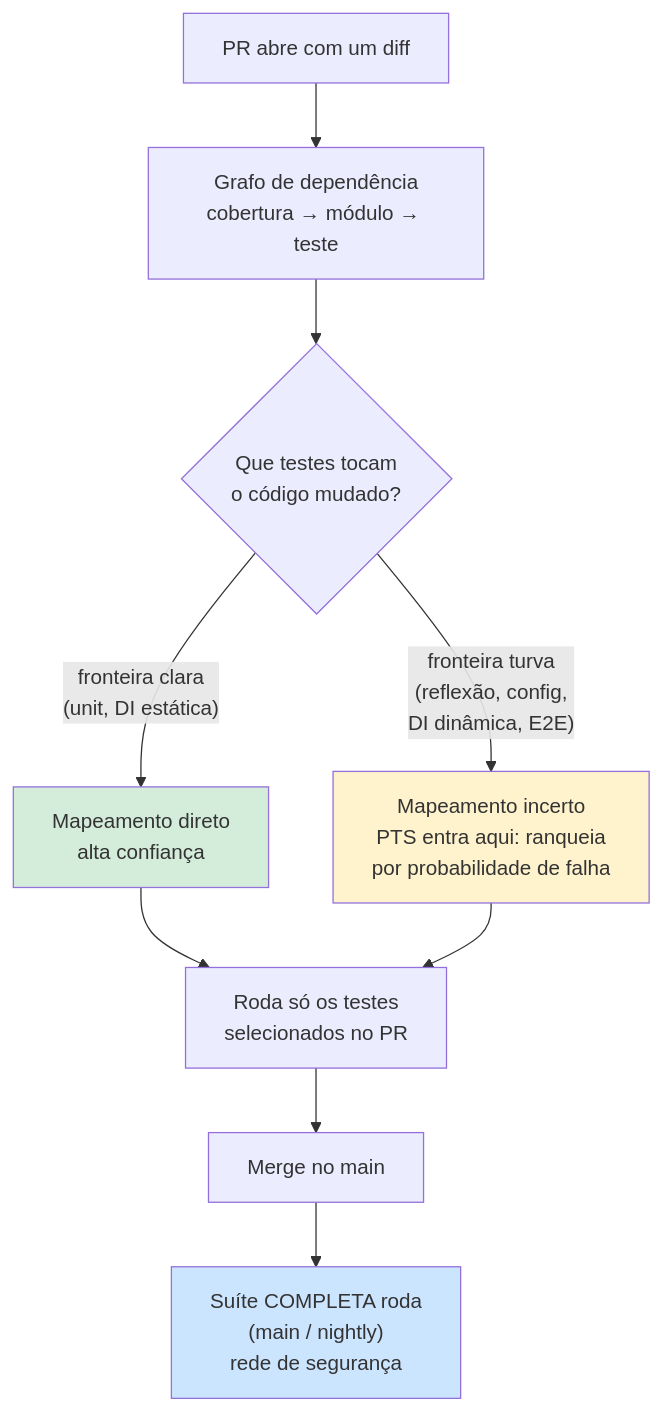
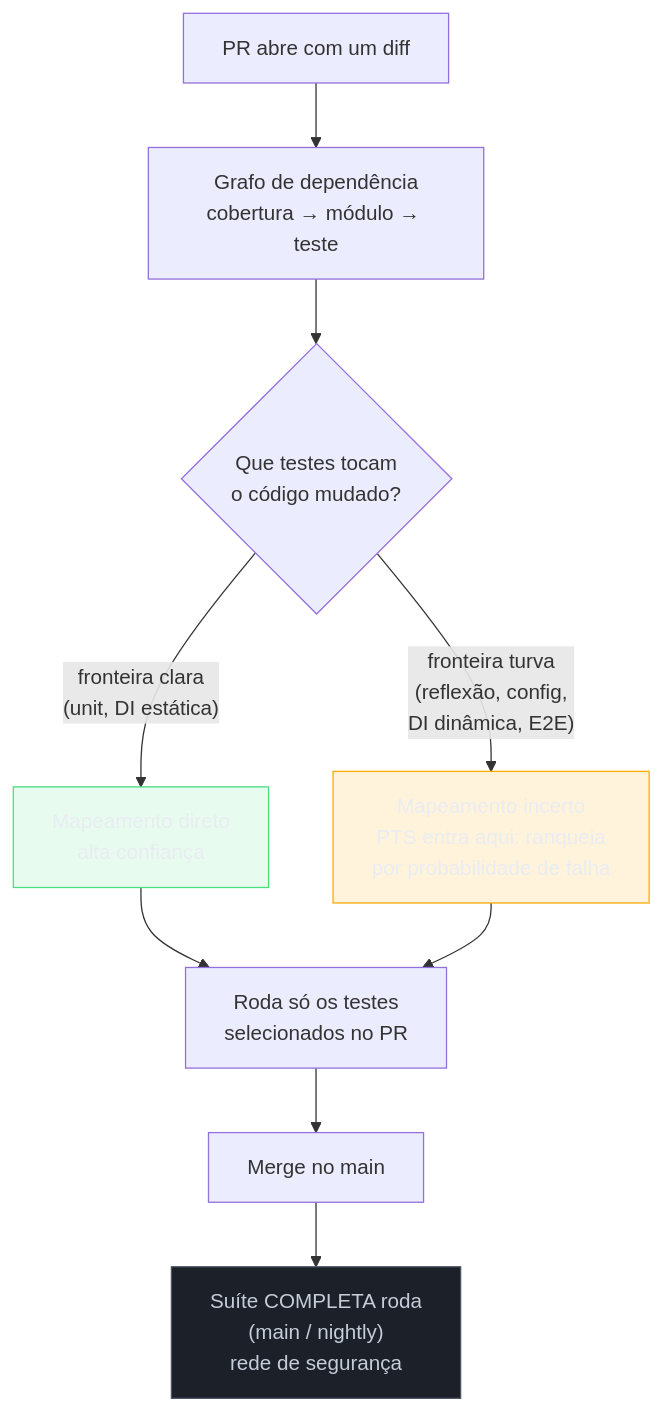
One commit to josenaldo/codex-technomanticus changed the fifth of 8 diagrams in 03-Dominios/Engenharia/Testes/15 - Testes em CI-CD.md. Above: the diagram before and after it, drawn with Mermaid. The commit also changed other lines of this file and 1181 other files, not shown here.

First line of the commit message:
fix(diagramas): paleta do sistema no lugar de cor cravada no markdown

````diff
--- a/03-Dominios/Engenharia/Testes/15 - Testes em CI-CD.md
+++ b/03-Dominios/Engenharia/Testes/15 - Testes em CI-CD.md
@@ -171,14 +178,17 @@
 ```mermaid
 flowchart TD
+    classDef ok fill:#4ADE8021,stroke:#4ADE80,color:#E9ECF2
+    classDef destaque fill:#FFAA0024,stroke:#FFAA00,color:#E9ECF2
+    classDef neutro fill:#1B2029,stroke:#4E5666,color:#C6CCD8
     Diff["PR abre com um diff"] --> Graph["Grafo de dependência<br/>cobertura → módulo → teste"]
     Graph --> Q{"Que testes tocam<br/>o código mudado?"}
     Q -->|"fronteira clara<br/>(unit, DI estática)"| Direct["Mapeamento direto<br/>alta confiança"]
     Q -->|"fronteira turva<br/>(reflexão, config,<br/>DI dinâmica, E2E)"| Fuzzy["Mapeamento incerto<br/>PTS entra aqui: ranqueia<br/>por probabilidade de falha"]
     Direct --> Run["Roda só os testes<br/>selecionados no PR"]
     Fuzzy --> Run
     Run --> Merge["Merge no main"]
     Merge --> Full["Suíte COMPLETA roda<br/>(main / nightly)<br/>rede de segurança"]
-    style Direct fill:#d4edda
-    style Fuzzy fill:#fff3cd
-    style Full fill:#cce5ff
+    class Direct ok
+    class Fuzzy destaque
+    class Full neutro
 ```
````
